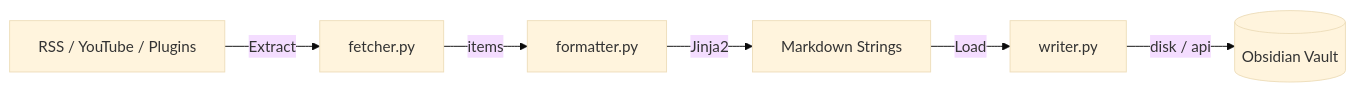
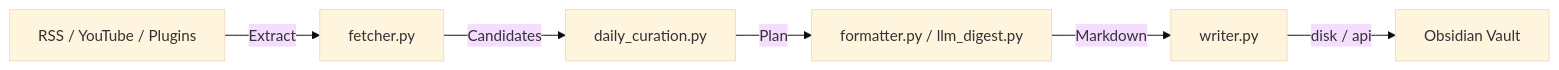
Before and after one commit to haoran3160-afk/pkm_obsidian_workflow: the diagram in docs/index.md, drawn with Mermaid (base theme). The commit also changed other lines of this file and 22 other files, not shown here.

````diff
--- a/docs/index.md
+++ b/docs/index.md
@@ -36,8 +41,8 @@
 ```mermaid
 graph LR
-    A[RSS / YouTube / Plugins] -->|Extract| B[fetcher.py]
-    B -->|items| C[formatter.py]
-    C -->|Jinja2| D[Markdown Strings]
-    D -->|Load| E[writer.py]
-    E -->|disk / api| F[(Obsidian Vault)]
+    A["RSS / YouTube / Plugins"] -->|Extract| B["fetcher.py"]
+    B -->|Candidates| C["daily_curation.py"]
+    C -->|Plan| D["formatter.py / llm_digest.py"]
+    D -->|Markdown| E["writer.py"]
+    E -->|disk / api| F["Obsidian Vault"]
 ```
````
